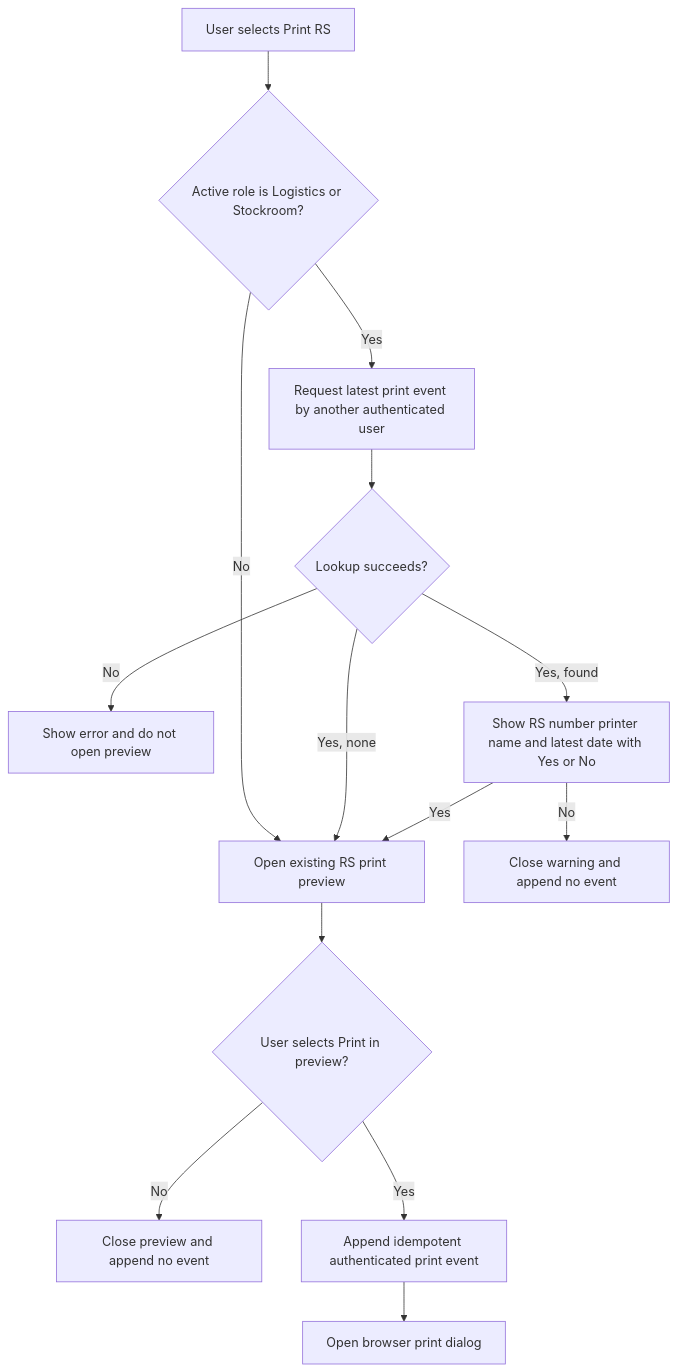
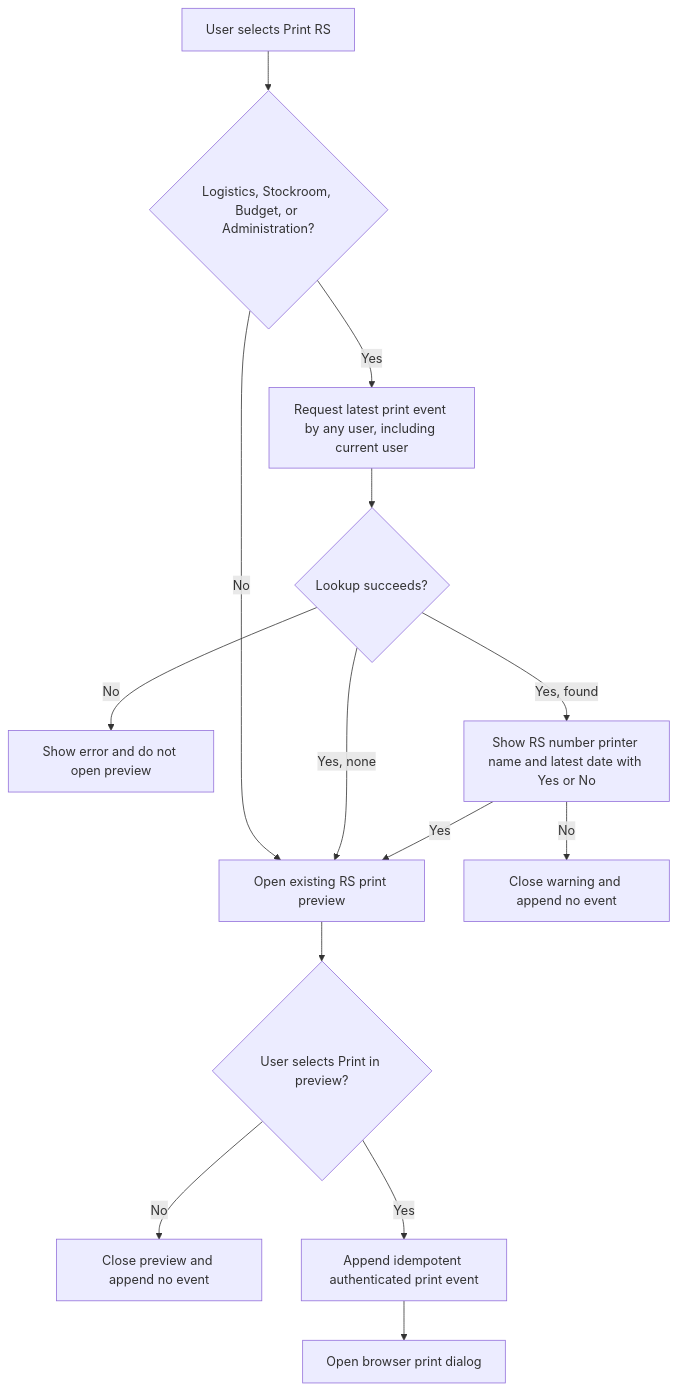
One commit to AdamsonUniversity-ITC/adulivev6-monorepo changed the eighth of 42 diagrams in docs/abms/flowcharts.md. Above: the diagram before and after it, drawn with Mermaid. The commit also changed other lines of this file and 26 other files, not shown here.

````diff
--- a/docs/abms/flowcharts.md
+++ b/docs/abms/flowcharts.md
@@ -139,16 +156,16 @@
 ```mermaid
 flowchart TD
-    A[User selects Print RS] --> B{Active role is Logistics or Stockroom?}
+    A[User selects Print RS] --> B{Logistics, Stockroom, Budget, or Administration?}
     B -- No --> C[Open existing RS print preview]
-    B -- Yes --> D[Request latest print event by another authenticated user]
+    B -- Yes --> D[Request latest print event by any user, including current user]
     D --> E{Lookup succeeds?}
     E -- No --> F[Show error and do not open preview]
     E -- Yes, none --> C
     E -- Yes, found --> G[Show RS number printer name and latest date with Yes or No]
     G -- No --> H[Close warning and append no event]
     G -- Yes --> C
     C --> I{User selects Print in preview?}
     I -- No --> J[Close preview and append no event]
     I -- Yes --> K[Append idempotent authenticated print event]
     K --> L[Open browser print dialog]
 ```
````
